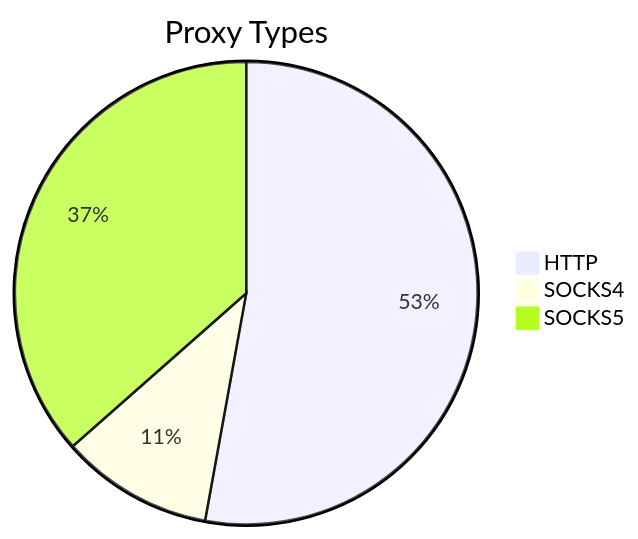
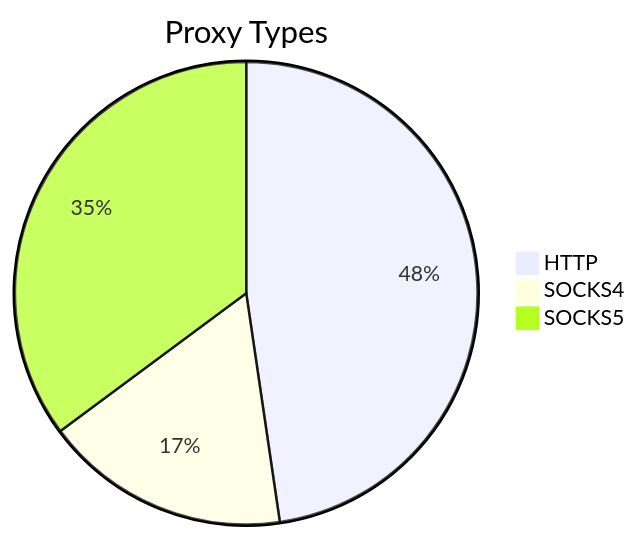
Before and after one commit to stormsia/proxy-list: the first of 2 diagrams in README.md, drawn with Mermaid. The commit also changed other lines of this file, not shown here.

````diff
--- a/README.md
+++ b/README.md
@@ -21,6 +21,6 @@
 ```mermaid
 pie title Proxy Types
-    "HTTP" : 139
-    "SOCKS4" : 28
-    "SOCKS5" : 96
+    "HTTP" : 236
+    "SOCKS4" : 85
+    "SOCKS5" : 174
 ```
````
